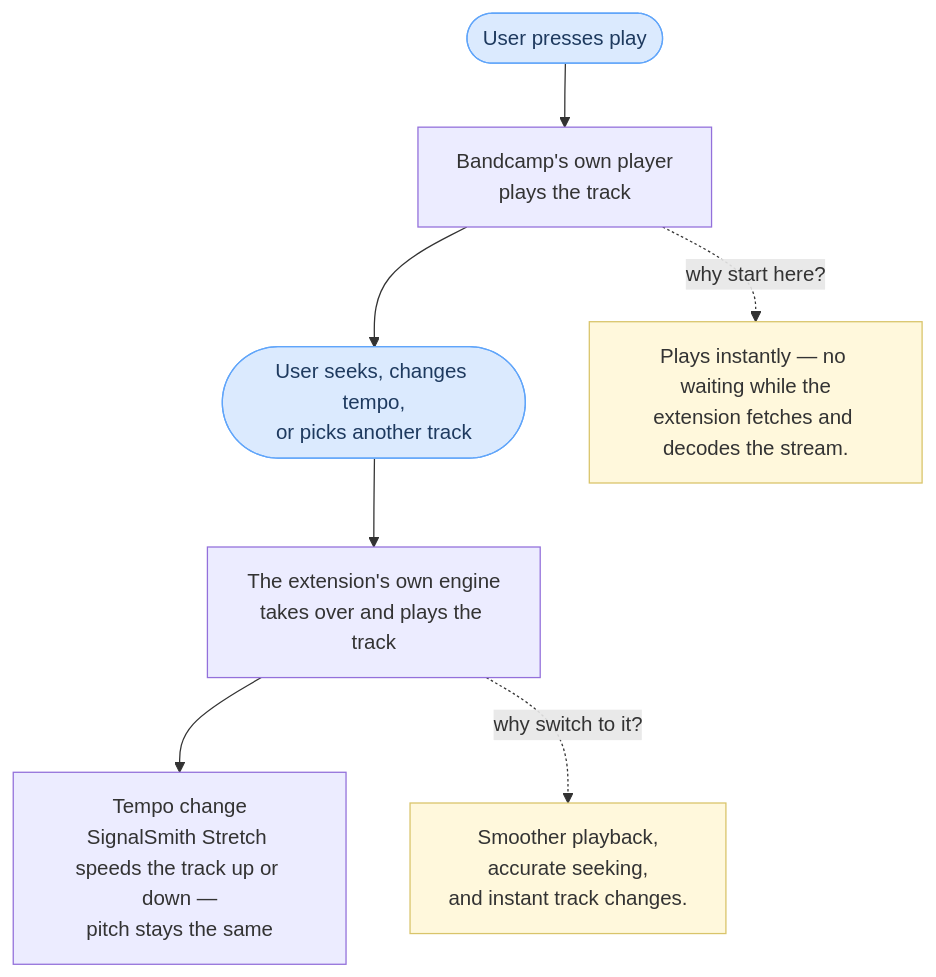
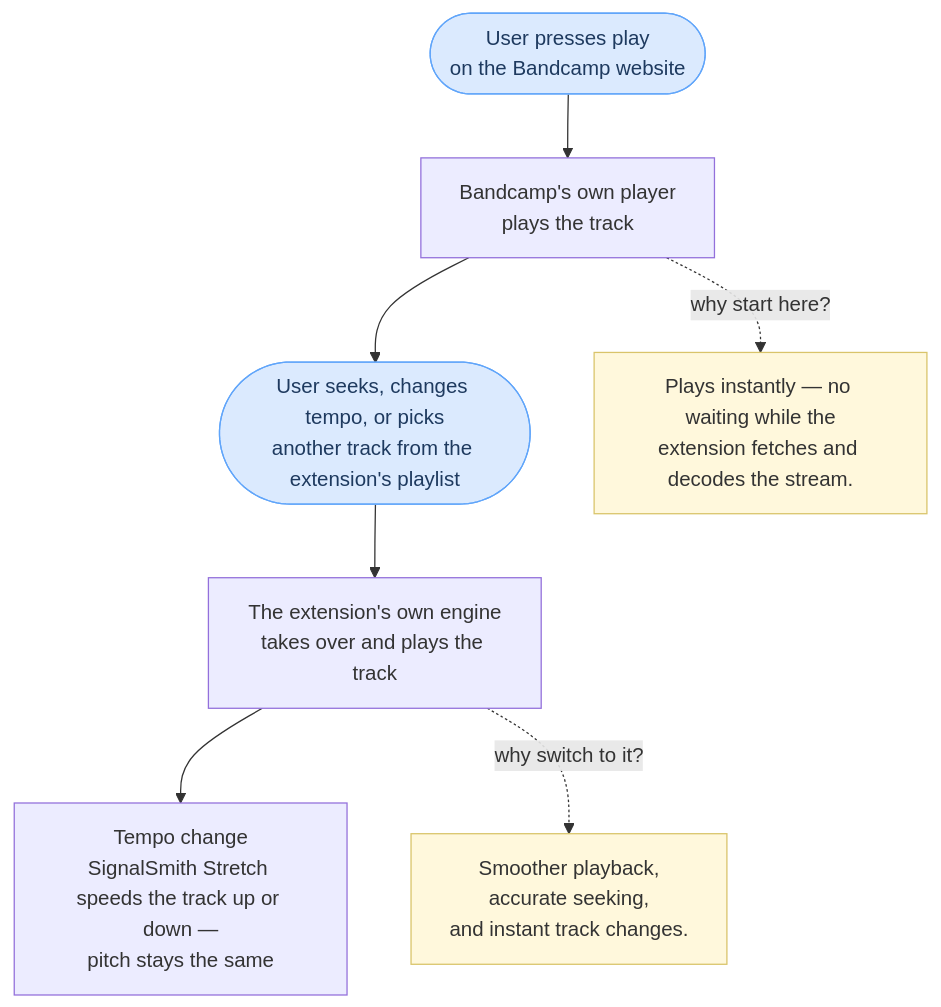
The first of 2 diagrams in README.md (tobias-d/bandcamp-player-extension), drawn with Mermaid before and after one commit.

Commit message:
README: clarify play source and track-pick source in playback diagram
- "User presses play" -> play on the Bandcamp website.
- "picks another track" -> from the extension's playlist.

Docs-only; no build needed.

````diff
--- a/README.md
+++ b/README.md
@@ -56,15 +56,15 @@
 ```mermaid
 flowchart TD
-    Play([User presses play]) --> Origin[Bandcamp's own player<br/>plays the track]
-    Origin --> Action([User seeks, changes tempo,<br/>or picks another track])
+    Play([User presses play<br/>on the Bandcamp website]) --> Origin[Bandcamp's own player<br/>plays the track]
+    Origin --> Action([User seeks, changes tempo, or picks<br/>another track from the extension's playlist])
     Action --> Runtime[The extension's own engine<br/>takes over and plays the track]
     Runtime --> Tempo["Tempo change<br/>SignalSmith Stretch speeds the track up or down —<br/>pitch stays the same"]
 
     Origin -.->|why start here?| WhyOrigin["Plays instantly — no waiting while the<br/>extension fetches and decodes the stream."]
     Runtime -.->|why switch to it?| WhyRuntime["Smoother playback,<br/>accurate seeking,<br/>and instant track changes."]
 
     classDef action fill:#dbeafe,stroke:#60a5fa,color:#1e3a5f;
     classDef note fill:#fff8dc,stroke:#d9c46a,color:#333;
     class Play,Action action;
     class WhyOrigin,WhyRuntime note;
 ```
````
